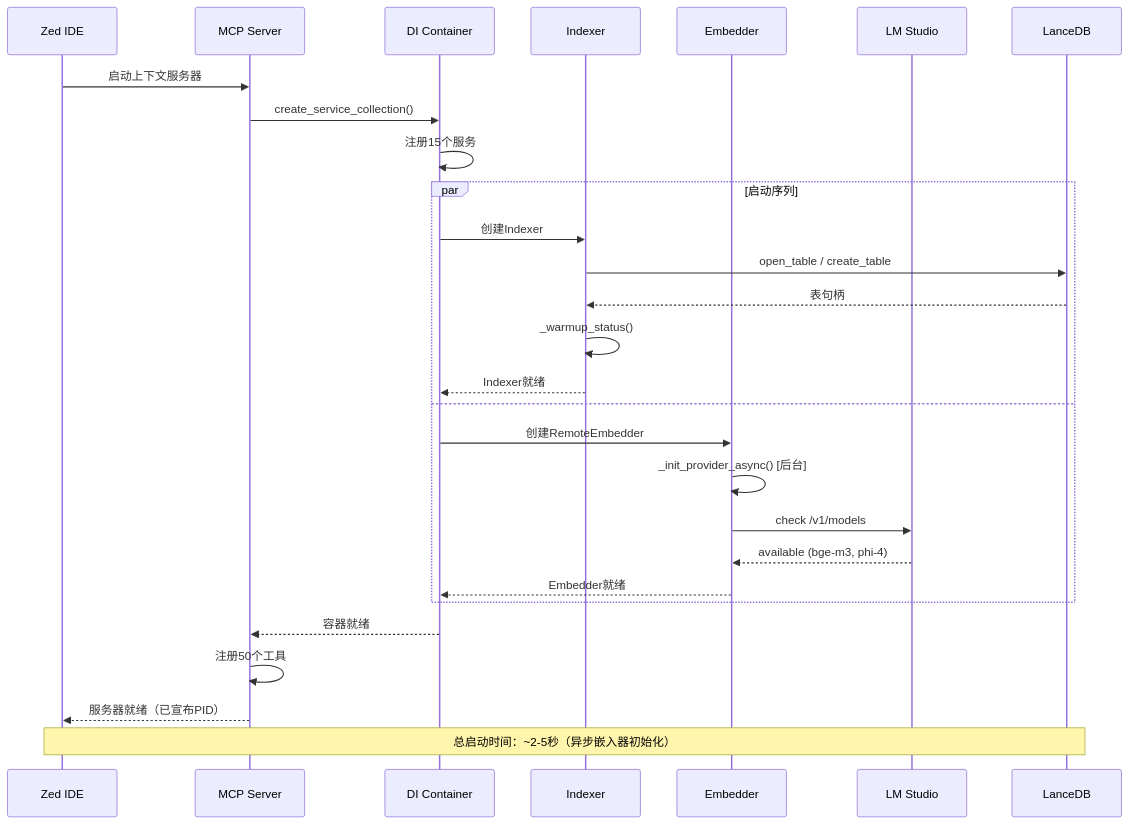
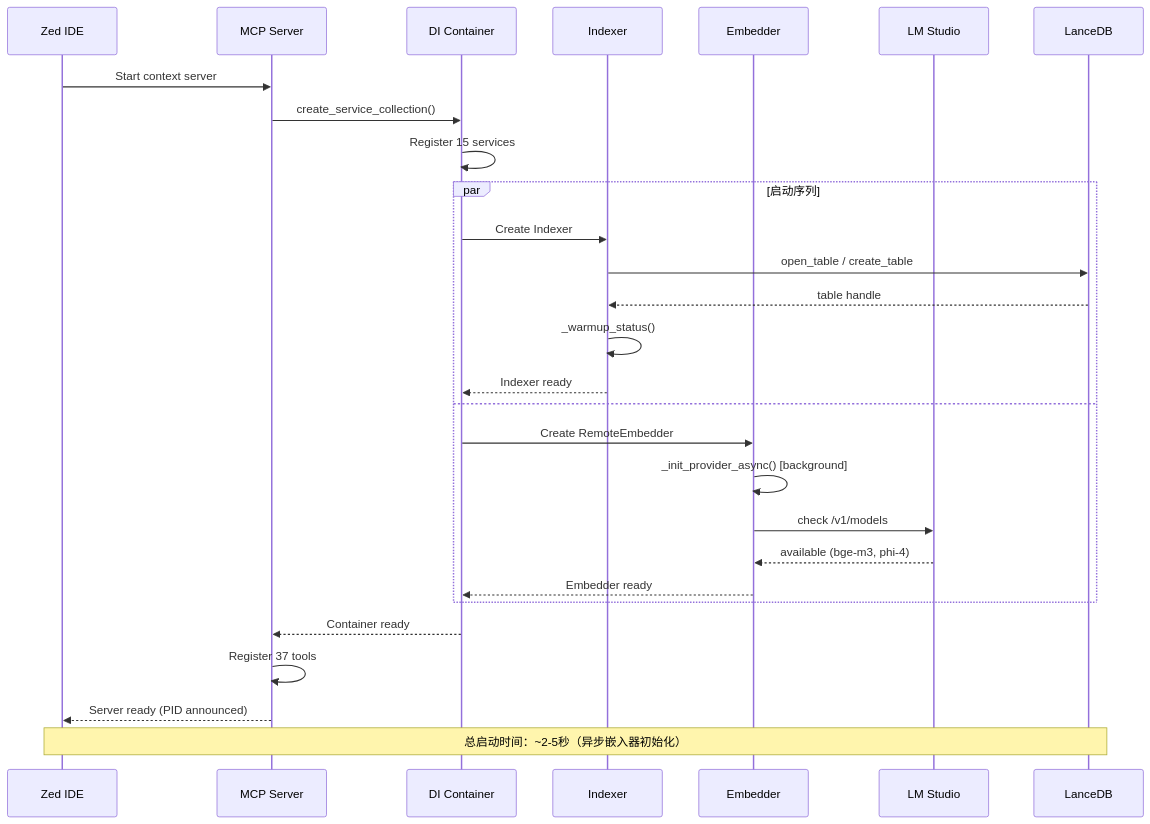
Before and after one commit to ManSio/mscodebase-intelligence: the fifth of 8 diagrams in docs/zh/ARCHITECTURE_DEEP.md, drawn with Mermaid. The commit also changed other lines of this file and 50 other files, not shown here.

````diff
--- a/docs/zh/ARCHITECTURE_DEEP.md
+++ b/docs/zh/ARCHITECTURE_DEEP.md
@@ -166,34 +178,34 @@
 ```mermaid
 sequenceDiagram
     participant Zed as Zed IDE
     participant MCP as MCP Server
     participant DI as DI Container
     participant IX as Indexer
     participant EM as Embedder
     participant LM as LM Studio
     participant DB as LanceDB
 
-    Zed->>MCP: 启动上下文服务器
+    Zed->>MCP: Start context server
     MCP->>DI: create_service_collection()
-    DI->>DI: 注册15个服务
+    DI->>DI: Register 15 services
     
     par 启动序列
-        DI->>IX: 创建Indexer
+        DI->>IX: Create Indexer
         IX->>DB: open_table / create_table
-        DB-->>IX: 表句柄
+        DB-->>IX: table handle
         IX->>IX: _warmup_status()
-        IX-->>DI: Indexer就绪
+        IX-->>DI: Indexer ready
     and
-        DI->>EM: 创建RemoteEmbedder
-        EM->>EM: _init_provider_async() [后台]
+        DI->>EM: Create RemoteEmbedder
+        EM->>EM: _init_provider_async() [background]
         EM->>LM: check /v1/models
         LM-->>EM: available (bge-m3, phi-4)
-        EM-->>DI: Embedder就绪
+        EM-->>DI: Embedder ready
     end
     
-    DI-->>MCP: 容器就绪
-    MCP->>MCP: 注册50个工具
-    MCP-->>Zed: 服务器就绪（已宣布PID）
+    DI-->>MCP: Container ready
+    MCP->>MCP: Register 37 tools
+    MCP-->>Zed: Server ready (PID announced)
     
     Note over Zed,DB: 总启动时间：~2-5秒（异步嵌入器初始化）
 ```
````
